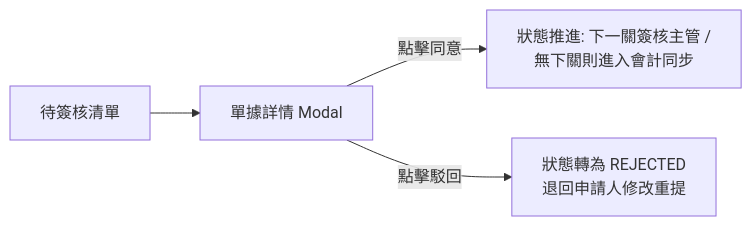
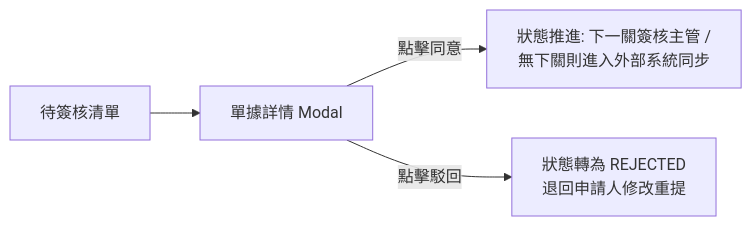
Before and after one commit to Kailunlin/SignOffSystem: the ninth of 11 diagrams in docs/SA.md, drawn with Mermaid. The commit also changed other lines of this file and 2 other files, not shown here.

````diff
--- a/docs/SA.md
+++ b/docs/SA.md
@@ -597,6 +657,6 @@
 ```mermaid
 graph LR
     A[待簽核清單] --> B[單據詳情 Modal]
-    B -->|點擊同意| C[狀態推進: 下一關簽核主管 / <br>無下關則進入會計同步]
+    B -->|點擊同意| C[狀態推進: 下一關簽核主管 / <br>無下關則進入外部系統同步]
     B -->|點擊駁回| D[狀態轉為 REJECTED <br>退回申請人修改重提]
 ```
````
